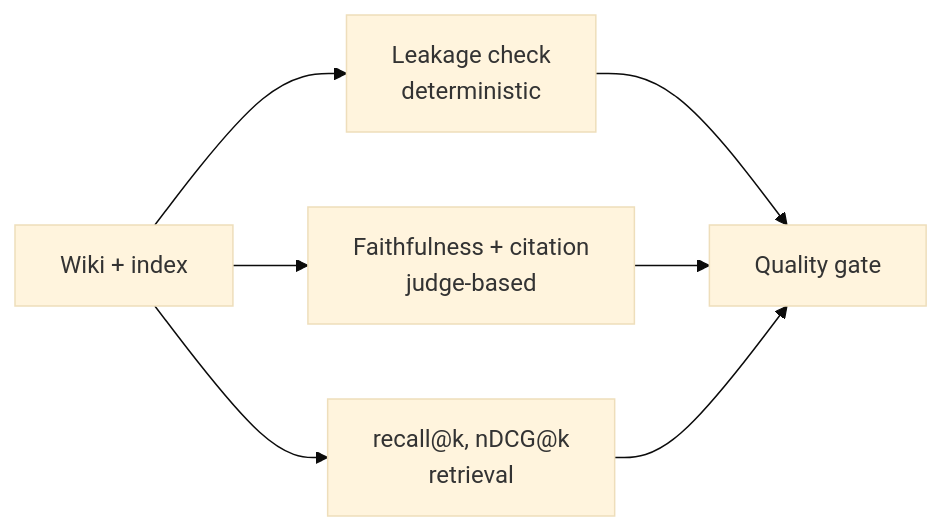
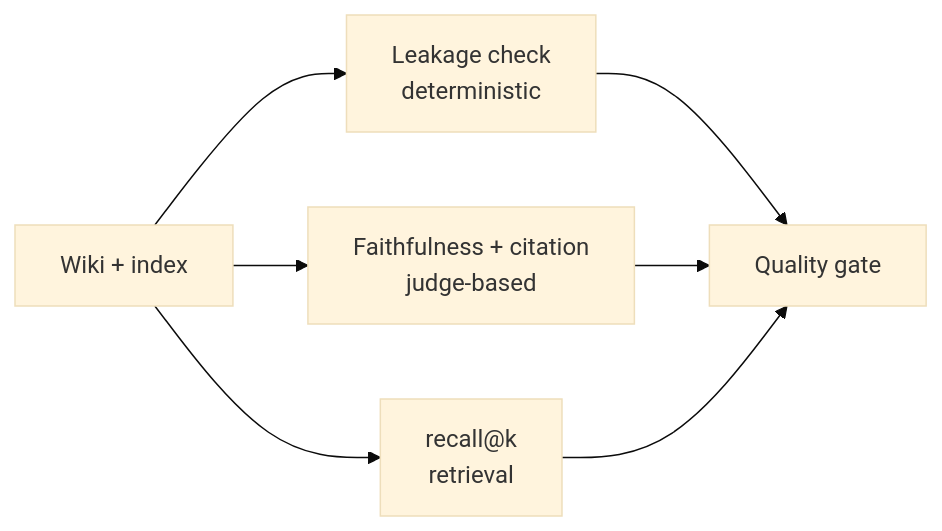
The fourth of 5 diagrams in ARCHITECTURE.md (ameau01/itsm-knowledge-rag), drawn with Mermaid (base theme) before and after one commit. The commit also changed other lines of this file and 27 other files, not shown here.

````diff
--- a/ARCHITECTURE.md
+++ b/ARCHITECTURE.md
@@ -94,9 +94,9 @@
 ```mermaid
 flowchart LR
     W["Wiki + index"] --> LK["Leakage check<br/>deterministic"]
     W --> FT["Faithfulness + citation<br/>judge-based"]
-    W --> RT["recall@k, nDCG@k<br/>retrieval"]
+    W --> RT["recall@k<br/>retrieval"]
     LK --> GATE["Quality gate"]
     FT --> GATE
     RT --> GATE
 ```
````
